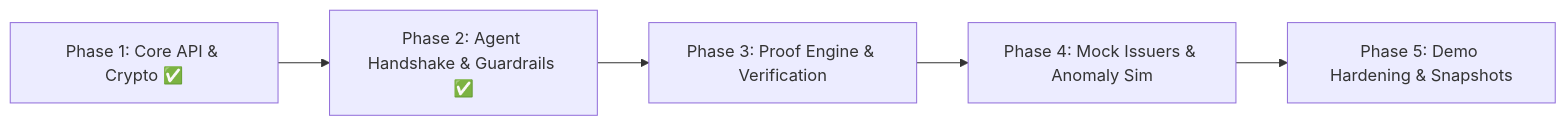
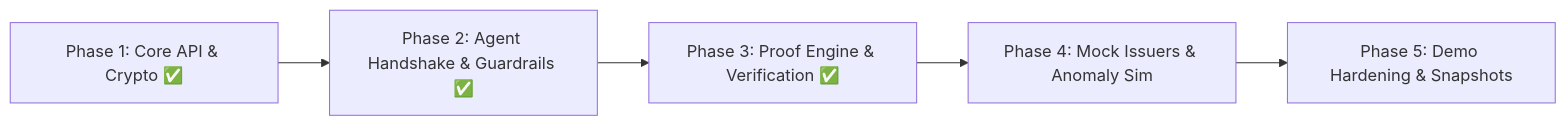
One commit to Jagadish-s-naik/openvyapar changed the diagram in backend/PLAN.md. Above: the diagram before and after it, drawn with Mermaid. The commit also changed other lines of this file and 4 other files, not shown here.

````diff
--- a/backend/PLAN.md
+++ b/backend/PLAN.md
@@ -30,7 +30,7 @@
 ```mermaid
 graph LR
     Phase1[Phase 1: Core API & Crypto ✅] --> Phase2[Phase 2: Agent Handshake & Guardrails ✅]
-    Phase2 --> Phase3[Phase 3: Proof Engine & Verification]
+    Phase2 --> Phase3[Phase 3: Proof Engine & Verification ✅]
     Phase3 --> Phase4[Phase 4: Mock Issuers & Anomaly Sim]
     Phase4 --> Phase5[Phase 5: Demo Hardening & Snapshots]
 ```
````
